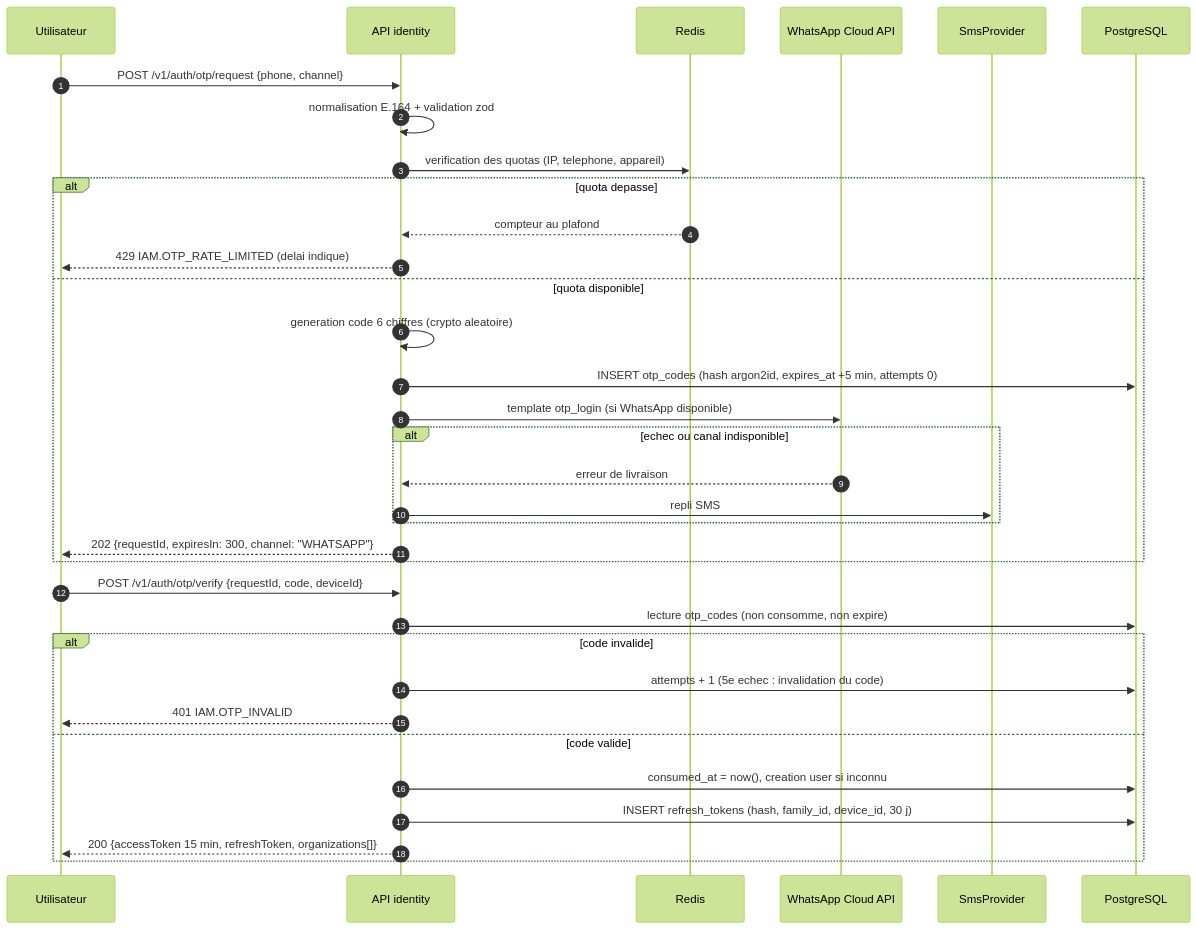
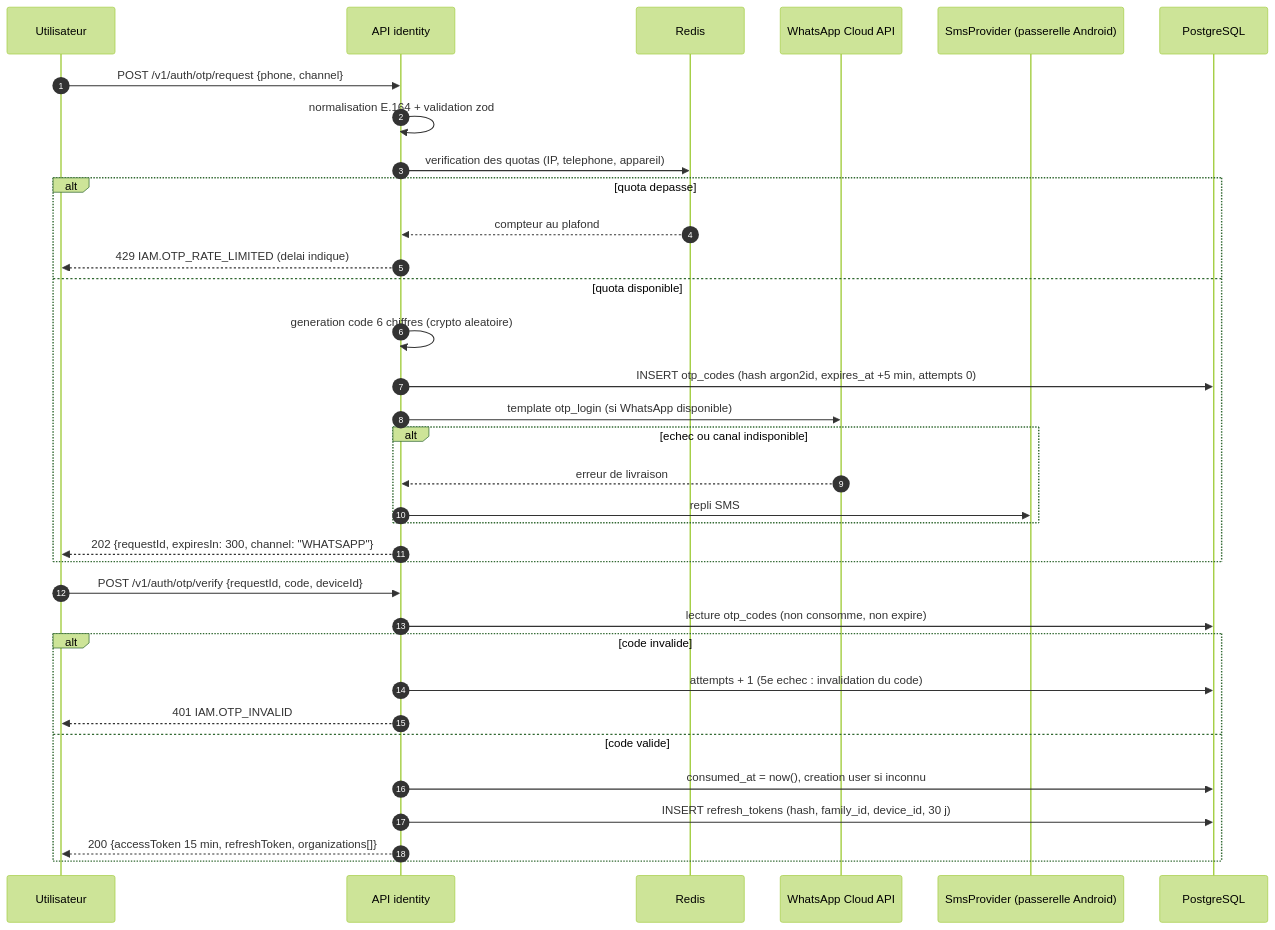
The fourth of 14 diagrams in docs/02_architecture_technique.md (Mukatu/immodesk), drawn with Mermaid (forest theme) before and after one commit. The commit also changed other lines of this file and 8 other files, not shown here.

````diff
--- a/docs/02_architecture_technique.md
+++ b/docs/02_architecture_technique.md
@@ -899,38 +904,38 @@
 ```mermaid
 sequenceDiagram
     autonumber
     participant U as Utilisateur
     participant API as API identity
     participant R as Redis
     participant WA as WhatsApp Cloud API
-    participant SMS as SmsProvider
+    participant SMS as SmsProvider (passerelle Android)
     participant DB as PostgreSQL
 
     U->>API: POST /v1/auth/otp/request {phone, channel}
     API->>API: normalisation E.164 + validation zod
     API->>R: verification des quotas (IP, telephone, appareil)
     alt quota depasse
         R-->>API: compteur au plafond
         API-->>U: 429 IAM.OTP_RATE_LIMITED (delai indique)
     else quota disponible
         API->>API: generation code 6 chiffres (crypto aleatoire)
         API->>DB: INSERT otp_codes (hash argon2id, expires_at +5 min, attempts 0)
         API->>WA: template otp_login (si WhatsApp disponible)
         alt echec ou canal indisponible
             WA-->>API: erreur de livraison
             API->>SMS: repli SMS
         end
         API-->>U: 202 {requestId, expiresIn: 300, channel: "WHATSAPP"}
     end
 
     U->>API: POST /v1/auth/otp/verify {requestId, code, deviceId}
     API->>DB: lecture otp_codes (non consomme, non expire)
     alt code invalide
         API->>DB: attempts + 1 (5e echec : invalidation du code)
         API-->>U: 401 IAM.OTP_INVALID
     else code valide
         API->>DB: consumed_at = now(), creation user si inconnu
         API->>DB: INSERT refresh_tokens (hash, family_id, device_id, 30 j)
         API-->>U: 200 {accessToken 15 min, refreshToken, organizations[]}
     end
 ```
````
